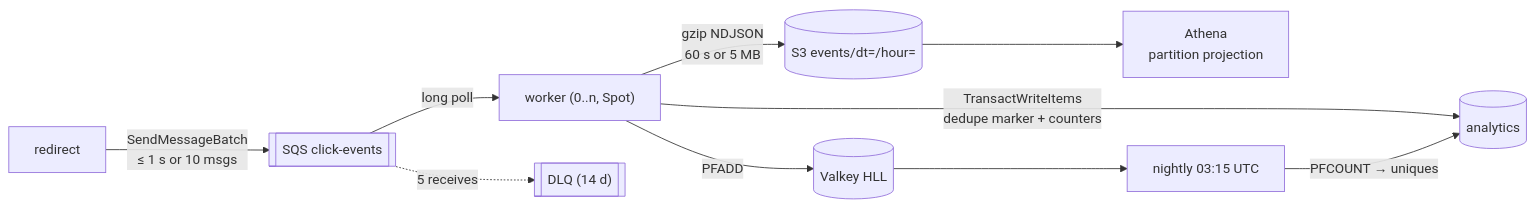
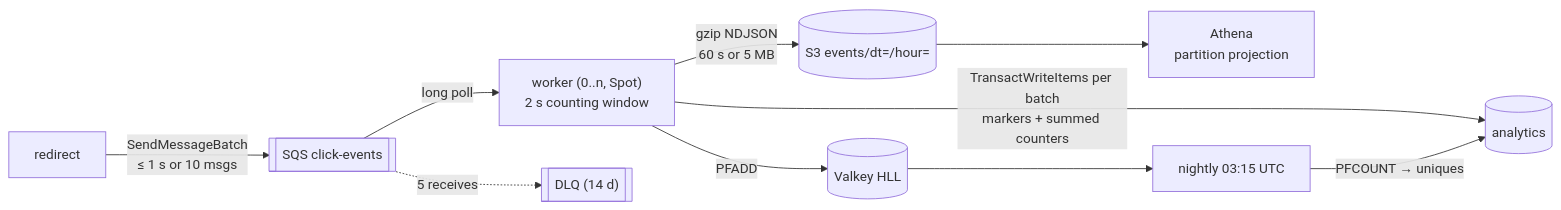
One commit to perspectivism/url-shortener-ecs-fargate changed the fourth of 5 diagrams in docs/design.md. Above: the diagram before and after it, drawn with Mermaid. The commit also changed other lines of this file and 17 other files, not shown here.

First line of the commit message:
feat(worker): batched exactly-once click counting (ADR-0024)

````diff
--- a/docs/design.md
+++ b/docs/design.md
@@ -234,12 +236,12 @@
 ```mermaid
 flowchart LR
     R["redirect"] -->|"SendMessageBatch<br/>≤ 1 s or 10 msgs"| Q[["SQS click-events"]]
-    Q -->|"long poll"| W["worker (0..n, Spot)"]
+    Q -->|"long poll"| W["worker (0..n, Spot)<br/>2 s counting window"]
     Q -.->|"5 receives"| DLQ[["DLQ (14 d)"]]
-    W -->|"TransactWriteItems<br/>dedupe marker + counters"| A[("analytics")]
+    W -->|"TransactWriteItems per batch<br/>markers + summed counters"| A[("analytics")]
     W -->|"PFADD"| H[("Valkey HLL")]
     W -->|"gzip NDJSON<br/>60 s or 5 MB"| S3[("S3 events/dt=/hour=")]
     S3 --> ATH["Athena<br/>partition projection"]
     N["nightly 03:15 UTC"] -->|"PFCOUNT → uniques"| A
     H --> N
 ```
````
